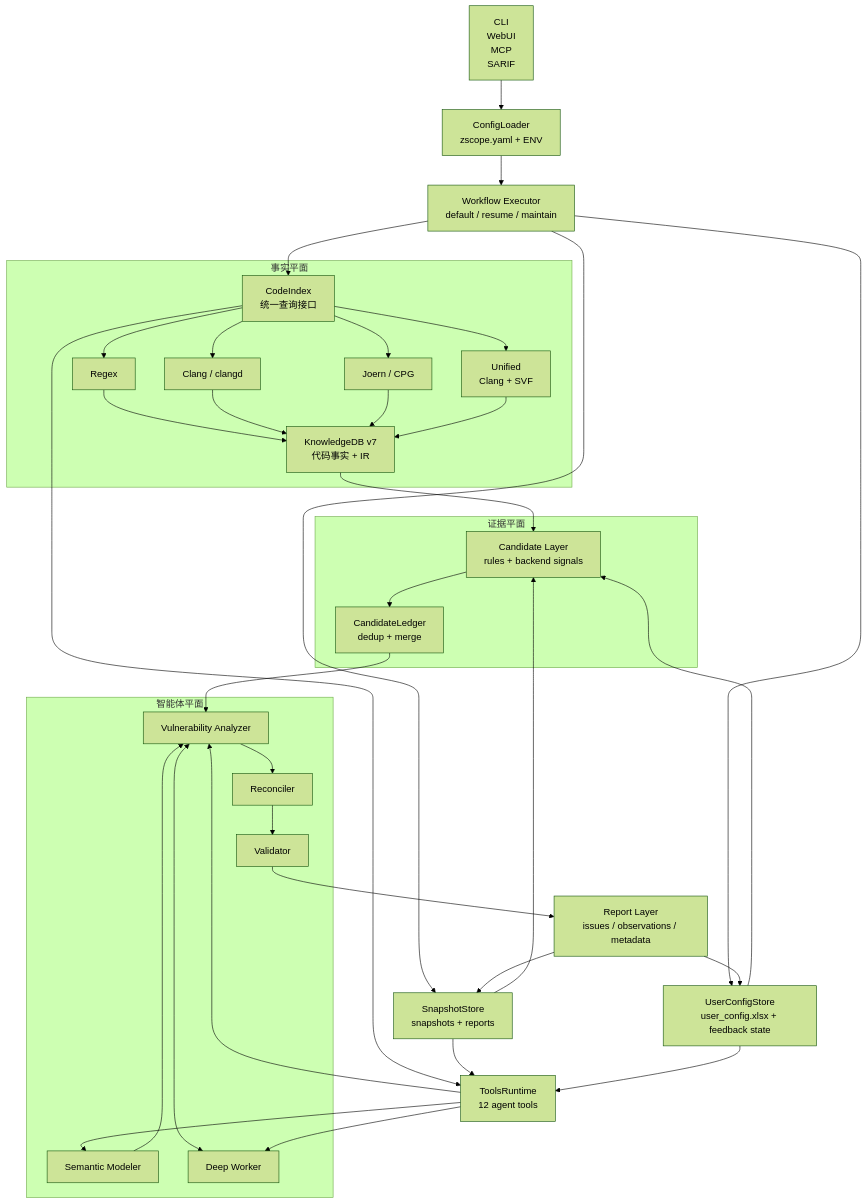
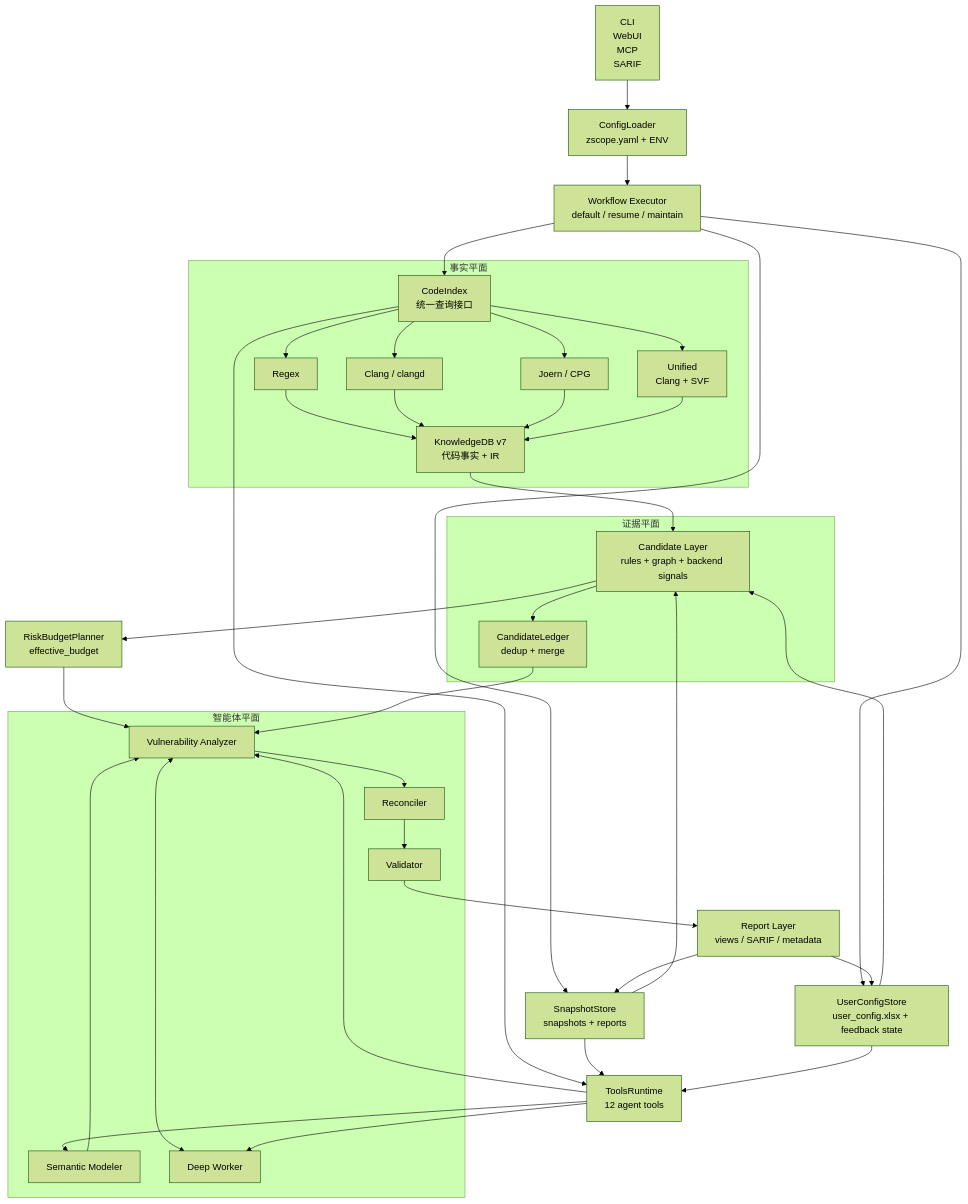
Before and after one commit to zealousness/Z-Scope: the diagram in docs/architecture.md, drawn with Mermaid (forest theme). The commit also changed other lines of this file and 1 other file, not shown here.

````diff
--- a/docs/architecture.md
+++ b/docs/architecture.md
@@ -44,59 +44,62 @@
 ```mermaid
 flowchart TB
     Ingress["CLI<br/>WebUI<br/>MCP<br/>SARIF"]
     Config["ConfigLoader<br/>zscope.yaml + ENV"]
     Workflow["Workflow Executor<br/>default / resume / maintain"]
 
     subgraph FactPlane["事实平面"]
         Index["CodeIndex<br/>统一查询接口"]
         Regex["Regex"]
         Clang["Clang / clangd"]
         Joern["Joern / CPG"]
         Unified["Unified<br/>Clang + SVF"]
         KDB["KnowledgeDB v7<br/>代码事实 + IR"]
     end
 
     subgraph EvidencePlane["证据平面"]
-        Candidate["Candidate Layer<br/>rules + backend signals"]
+        Candidate["Candidate Layer<br/>rules + graph + backend signals"]
         Ledger["CandidateLedger<br/>dedup + merge"]
     end
 
+    Budget["RiskBudgetPlanner<br/>effective_budget"]
     subgraph AgentPlane["智能体平面"]
         Modeler["Semantic Modeler"]
         Analyzer["Vulnerability Analyzer"]
         Worker["Deep Worker"]
         Reconciler["Reconciler"]
         Validator["Validator"]
     end
 
     Tools["ToolsRuntime<br/>12 agent tools"]
     Snapshot["SnapshotStore<br/>snapshots + reports"]
     UserCfg["UserConfigStore<br/>user_config.xlsx + feedback state"]
-    Report["Report Layer<br/>issues / observations / metadata"]
+    Report["Report Layer<br/>views / SARIF / metadata"]
 
     Ingress --> Config --> Workflow
     Workflow --> Index
     Index --> Regex --> KDB
     Index --> Clang --> KDB
     Index --> Joern --> KDB
     Index --> Unified --> KDB
     Workflow --> Snapshot
     Workflow --> UserCfg
     KDB --> Candidate
     Snapshot --> Candidate
     UserCfg --> Candidate
     Candidate --> Ledger
+    Candidate --> Budget
+    Budget --> Analyzer
     Ledger --> Analyzer
     Modeler --> Analyzer
     Analyzer <--> Worker
     Analyzer --> Reconciler --> Validator
     Tools --> Modeler
     Tools --> Analyzer
     Tools --> Worker
     Index --> Tools
     Snapshot --> Tools
     UserCfg --> Tools
     Validator --> Report
     Report --> Snapshot
     Report --> UserCfg
 ```
````
